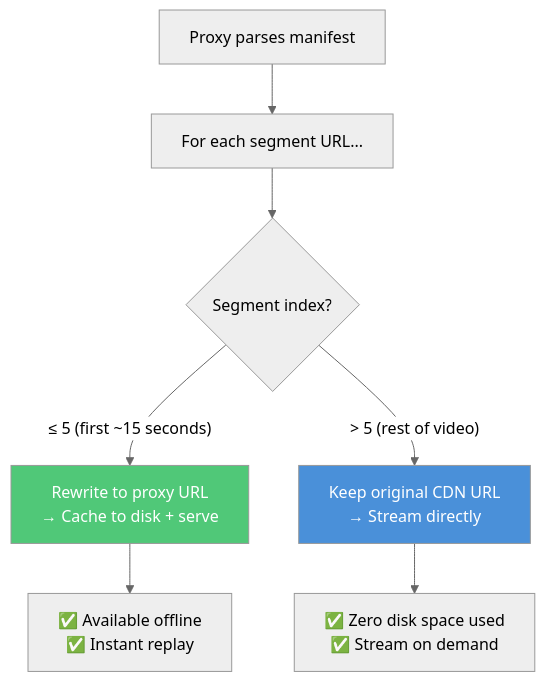
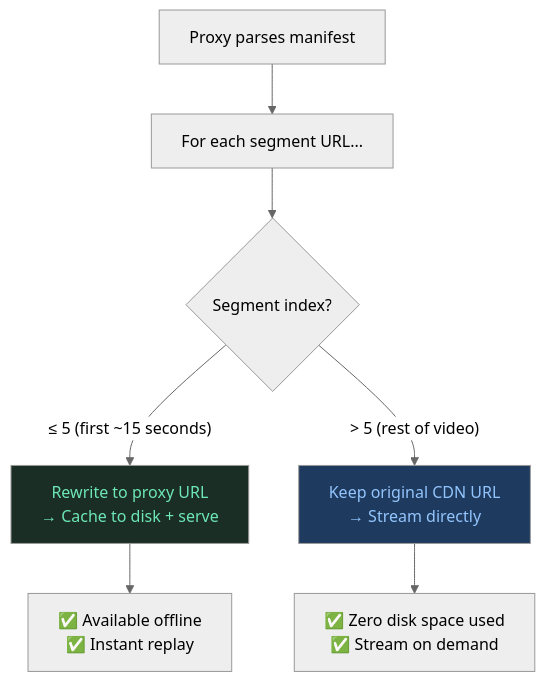
One commit to Monisankarnath/monisankarnath-portfolio changed diagram 13 of 13 in src/content/case-studies/expo-video-ios-offline-caching.md. Above: the diagram before and after it, drawn with Mermaid (neutral theme). The commit also changed other lines of this file and 19 other files, not shown here.

Commit message:
chore: mermaid build and listing revamp

````diff
--- a/src/content/case-studies/expo-video-ios-offline-caching.md
+++ b/src/content/case-studies/expo-video-ios-offline-caching.md
@@ -1126,14 +1128,14 @@
 ```mermaid
 flowchart TD
     Parse["Proxy parses manifest"] --> ForEach["For each segment URL..."]
     ForEach --> Index{"Segment index?"}
 
-    Index -->|"≤ 5 (first ~15 seconds)"| ProxyURL["Rewrite to proxy URL\n→ Cache to disk + serve"]
-    ProxyURL --> Offline["✅ Available offline\n✅ Instant replay"]
+    Index -->|"≤ 5 (first ~15 seconds)"| ProxyURL["Rewrite to proxy URL<br/>→ Cache to disk + serve"]
+    ProxyURL --> Offline["✅ Available offline<br/>✅ Instant replay"]
 
-    Index -->|"> 5 (rest of video)"| CDNURL["Keep original CDN URL\n→ Stream directly"]
-    CDNURL --> NoCache["✅ Zero disk space used\n✅ Stream on demand"]
+    Index -->|"> 5 (rest of video)"| CDNURL["Keep original CDN URL<br/>→ Stream directly"]
+    CDNURL --> NoCache["✅ Zero disk space used<br/>✅ Stream on demand"]
 
-    style ProxyURL fill:#50C878,color:#fff
-    style CDNURL fill:#4A90D9,color:#fff
+    style ProxyURL fill:#1a2e25,color:#6ee7b7
+    style CDNURL fill:#1e3a5f,color:#93c5fd
 ```
````
